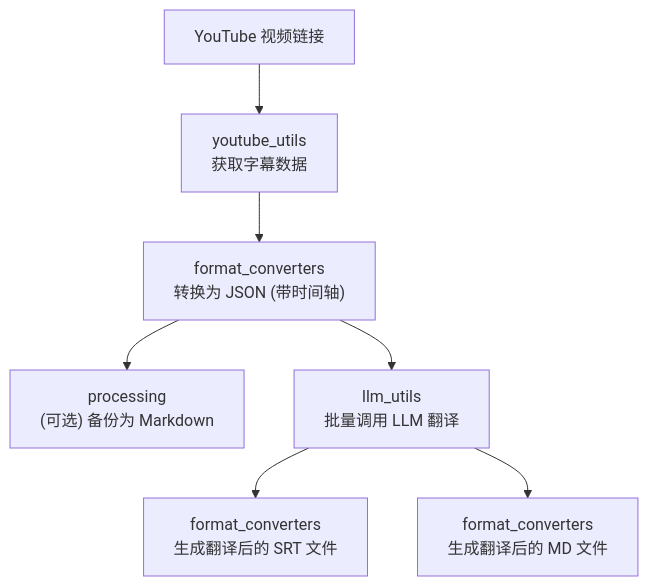
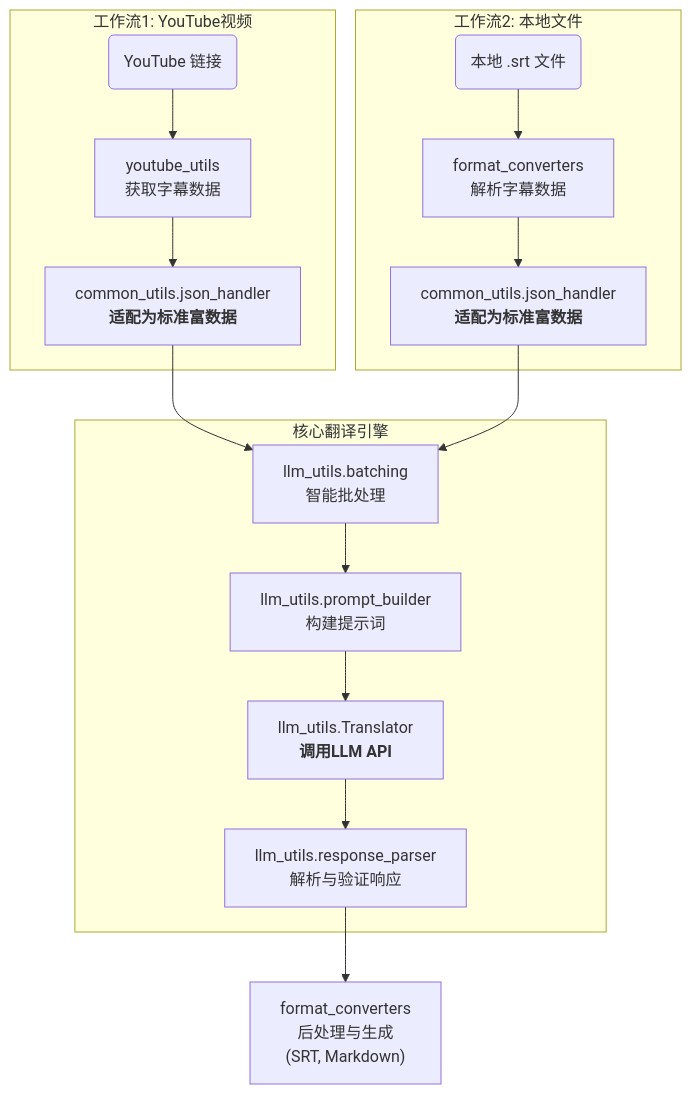
Before and after one commit to kuniyao/MultiMediaGenAI: the diagram in README.md, drawn with Mermaid. The commit also changed other lines of this file and 7 other files, not shown here.

````diff
--- a/README.md
+++ b/README.md
@@ -22,9 +16,25 @@
 ```mermaid
 graph TD;
-    A["YouTube 视频链接"] --> B["youtube_utils<br/>获取字幕数据"];
-    B --> C["format_converters<br/>转换为 JSON (带时间轴)"];
-    C --> D["processing<br/>(可选) 备份为 Markdown"];
-    C --> E["llm_utils<br/>批量调用 LLM 翻译"];
-    E --> F["format_converters<br/>生成翻译后的 SRT 文件"];
-    E --> G["format_converters<br/>生成翻译后的 MD 文件"];
+    subgraph A[工作流1: YouTube视频]
+        A1("YouTube 链接") --> A2["youtube_utils<br/>获取字幕数据"];
+        A2 --> A3["common_utils.json_handler<br/><b>适配为标准富数据</b>"];
+    end
+
+    subgraph B[工作流2: 本地文件]
+        B1("本地 .srt 文件") --> B2["format_converters<br/>解析字幕数据"];
+        B2 --> B3["common_utils.json_handler<br/><b>适配为标准富数据</b>"];
+    end
+
+    subgraph C[核心翻译引擎]
+        C1["llm_utils.batching<br/>智能批处理"];
+        C2["llm_utils.prompt_builder<br/>构建提示词"];
+        C3["llm_utils.Translator<br/><b>调用LLM API</b>"];
+        C4["llm_utils.response_parser<br/>解析与验证响应"];
+        C1 --> C2 --> C3 --> C4;
+    end
+
+    A3 --> C1;
+    B3 --> C1;
+    
+    C4 --> D["format_converters<br/>后处理与生成<br/>(SRT, Markdown)"];
 ```
````
